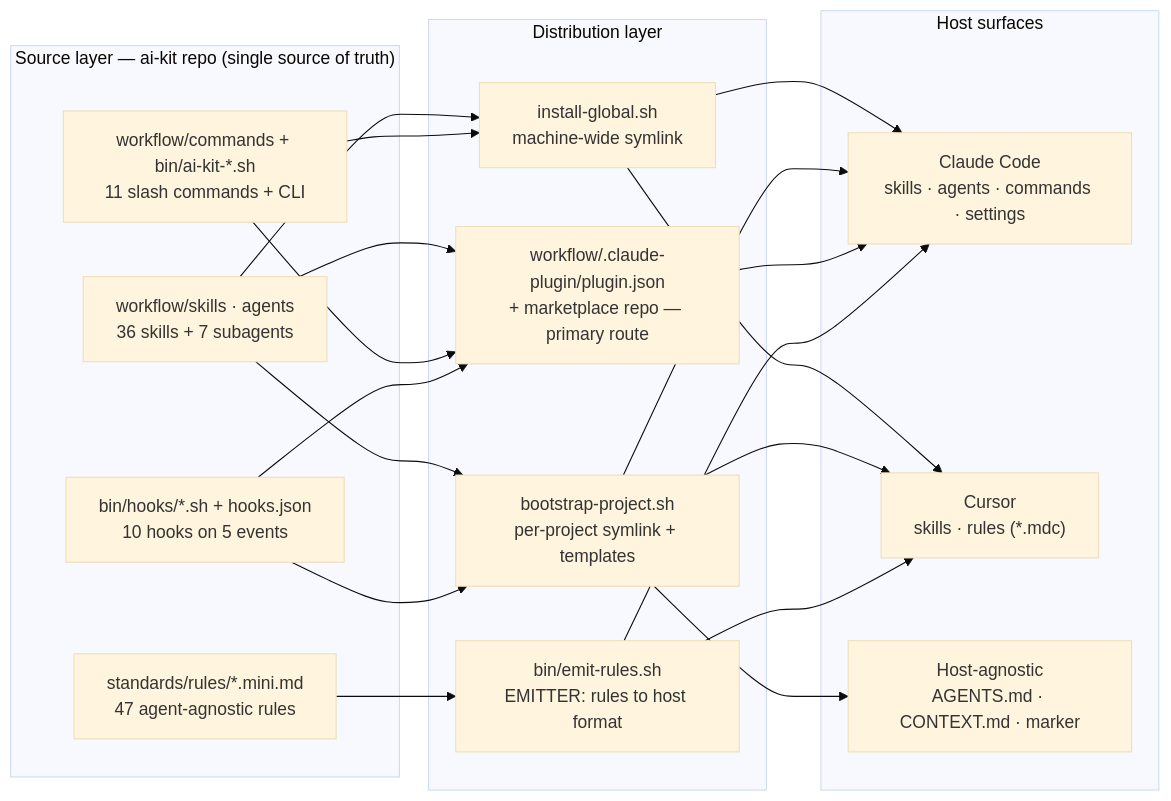
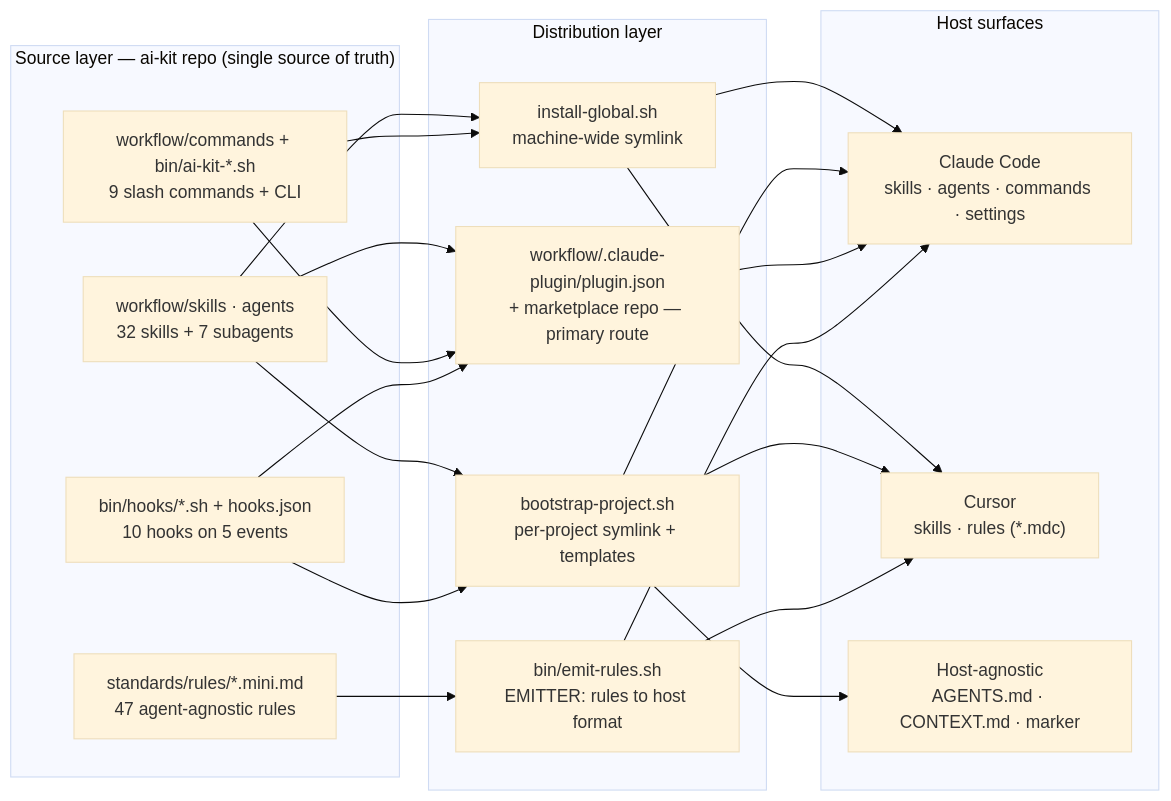
The first of 2 diagrams in docs/diagrams.md (yusufkaracaburun/ai-kit), drawn with Mermaid (base theme) before and after one commit. The commit also changed other lines of this file and 34 other files, not shown here.

````diff
--- a/docs/diagrams.md
+++ b/docs/diagrams.md
@@ -10,32 +10,32 @@
 ```mermaid
 flowchart LR
   subgraph SRC["Source layer — ai-kit repo (single source of truth)"]
-    SA["workflow/skills · agents<br/>36 skills + 7 subagents"]
-    CB["workflow/commands + bin/ai-kit-*.sh<br/>11 slash commands + CLI"]
+    SA["workflow/skills · agents<br/>32 skills + 7 subagents"]
+    CB["workflow/commands + bin/ai-kit-*.sh<br/>9 slash commands + CLI"]
     H["bin/hooks/*.sh + hooks.json<br/>10 hooks on 5 events"]
     R["standards/rules/*.mini.md<br/>47 agent-agnostic rules"]
   end
 
   subgraph DIST["Distribution layer"]
     IG["install-global.sh<br/>machine-wide symlink"]
     PL["workflow/.claude-plugin/plugin.json<br/>+ marketplace repo — primary route"]
     BP["bootstrap-project.sh<br/>per-project symlink + templates"]
     ER["bin/emit-rules.sh<br/>EMITTER: rules to host format"]
   end
 
   subgraph HOSTS["Host surfaces"]
     CC["Claude Code<br/>skills · agents · commands · settings"]
     CU["Cursor<br/>skills · rules (*.mdc)"]
     HA["Host-agnostic<br/>AGENTS.md · CONTEXT.md · marker"]
   end
 
   SA --> IG & BP & PL
   CB --> IG & PL
   H --> PL & BP
   R --> ER
 
   IG --> CC & CU
   BP --> CC & CU & HA
   PL --> CC
   ER --> CU & CC
 ```
````
